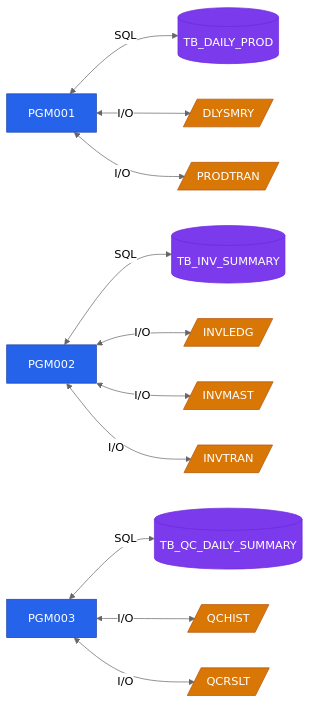
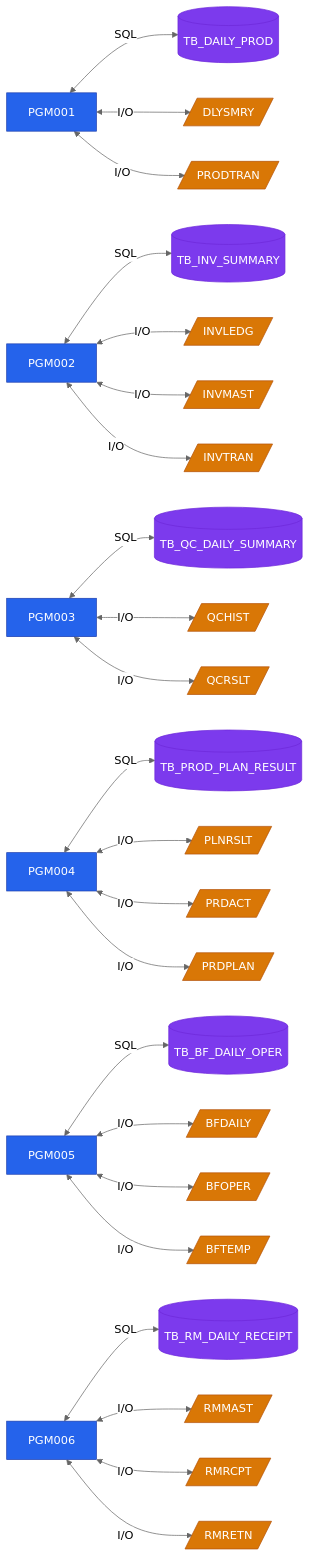
Before and after one commit to donseok/catm-project: the diagram in output/diagrams/data_flow.md, drawn with Mermaid (neutral theme). The commit also changed 70 other files, not shown here.

````diff
--- a/output/diagrams/data_flow.md
+++ b/output/diagrams/data_flow.md
@@ -3,33 +3,63 @@
 ```mermaid
 graph LR
     classDef pgm fill:#2563EB,stroke:#1E40AF,color:#fff
     classDef db fill:#7C3AED,stroke:#6D28D9,color:#fff
     classDef file fill:#D97706,stroke:#B45309,color:#fff
 
     PGM001[PGM001] <-->|SQL| DB_TB_DAILY_PROD[(TB_DAILY_PROD)]
     class DB_TB_DAILY_PROD db
     PGM001[PGM001] <-->|I/O| F_DLYSMRY[/DLYSMRY/]
     class F_DLYSMRY file
     PGM001[PGM001] <-->|I/O| F_PRODTRAN[/PRODTRAN/]
     class F_PRODTRAN file
     class PGM001 pgm
 
     PGM002[PGM002] <-->|SQL| DB_TB_INV_SUMMARY[(TB_INV_SUMMARY)]
     class DB_TB_INV_SUMMARY db
     PGM002[PGM002] <-->|I/O| F_INVLEDG[/INVLEDG/]
     class F_INVLEDG file
     PGM002[PGM002] <-->|I/O| F_INVMAST[/INVMAST/]
     class F_INVMAST file
     PGM002[PGM002] <-->|I/O| F_INVTRAN[/INVTRAN/]
     class F_INVTRAN file
     class PGM002 pgm
 
     PGM003[PGM003] <-->|SQL| DB_TB_QC_DAILY_SUMMARY[(TB_QC_DAILY_SUMMARY)]
     class DB_TB_QC_DAILY_SUMMARY db
     PGM003[PGM003] <-->|I/O| F_QCHIST[/QCHIST/]
     class F_QCHIST file
     PGM003[PGM003] <-->|I/O| F_QCRSLT[/QCRSLT/]
     class F_QCRSLT file
     class PGM003 pgm
 
+    PGM004[PGM004] <-->|SQL| DB_TB_PROD_PLAN_RESULT[(TB_PROD_PLAN_RESULT)]
+    class DB_TB_PROD_PLAN_RESULT db
+    PGM004[PGM004] <-->|I/O| F_PLNRSLT[/PLNRSLT/]
+    class F_PLNRSLT file
+    PGM004[PGM004] <-->|I/O| F_PRDACT[/PRDACT/]
+    class F_PRDACT file
+    PGM004[PGM004] <-->|I/O| F_PRDPLAN[/PRDPLAN/]
+    class F_PRDPLAN file
+    class PGM004 pgm
+
+    PGM005[PGM005] <-->|SQL| DB_TB_BF_DAILY_OPER[(TB_BF_DAILY_OPER)]
+    class DB_TB_BF_DAILY_OPER db
+    PGM005[PGM005] <-->|I/O| F_BFDAILY[/BFDAILY/]
+    class F_BFDAILY file
+    PGM005[PGM005] <-->|I/O| F_BFOPER[/BFOPER/]
+    class F_BFOPER file
+    PGM005[PGM005] <-->|I/O| F_BFTEMP[/BFTEMP/]
+    class F_BFTEMP file
+    class PGM005 pgm
+
+    PGM006[PGM006] <-->|SQL| DB_TB_RM_DAILY_RECEIPT[(TB_RM_DAILY_RECEIPT)]
+    class DB_TB_RM_DAILY_RECEIPT db
+    PGM006[PGM006] <-->|I/O| F_RMMAST[/RMMAST/]
+    class F_RMMAST file
+    PGM006[PGM006] <-->|I/O| F_RMRCPT[/RMRCPT/]
+    class F_RMRCPT file
+    PGM006[PGM006] <-->|I/O| F_RMRETN[/RMRETN/]
+    class F_RMRETN file
+    class PGM006 pgm
+
 ```
````
